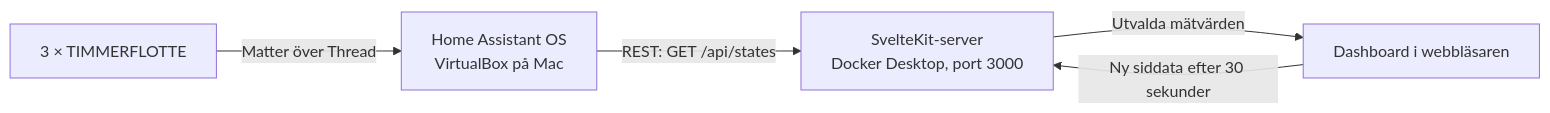
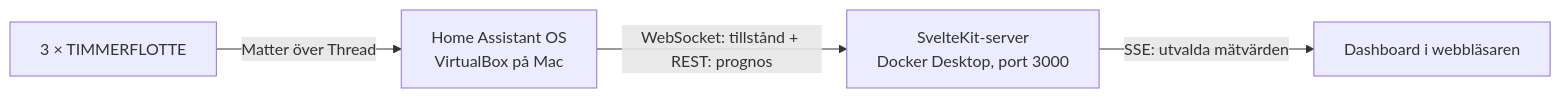
One commit to rosieboy/weather-station changed the diagram in README.md. Above: the diagram before and after it, drawn with Mermaid. The commit also changed other lines of this file and 6 other files, not shown here.

Commit message:
Stream Home Assistant states over WebSocket and SSE

````diff
--- a/README.md
+++ b/README.md
@@ -29,7 +29,6 @@
 ```mermaid
 flowchart LR
     Sensors["3 × TIMMERFLOTTE"] -->|"Matter över Thread"| HA["Home Assistant OS\nVirtualBox på Mac"]
-    HA -->|"REST: GET /api/states"| Server["SvelteKit-server\nDocker Desktop, port 3000"]
-    Server -->|"Utvalda mätvärden"| Browser["Dashboard i webbläsaren"]
-    Browser -->|"Ny siddata efter 30 sekunder"| Server
+    HA -->|"WebSocket: tillstånd + REST: prognos"| Server["SvelteKit-server\nDocker Desktop, port 3000"]
+    Server -->|"SSE: utvalda mätvärden"| Browser["Dashboard i webbläsaren"]
 ```
````
